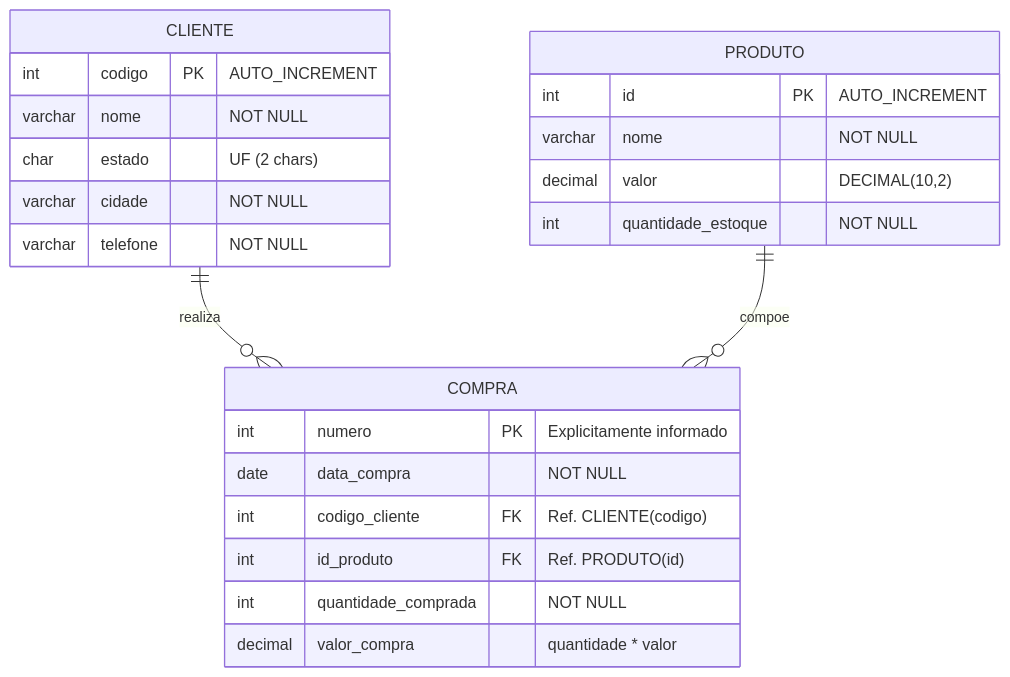
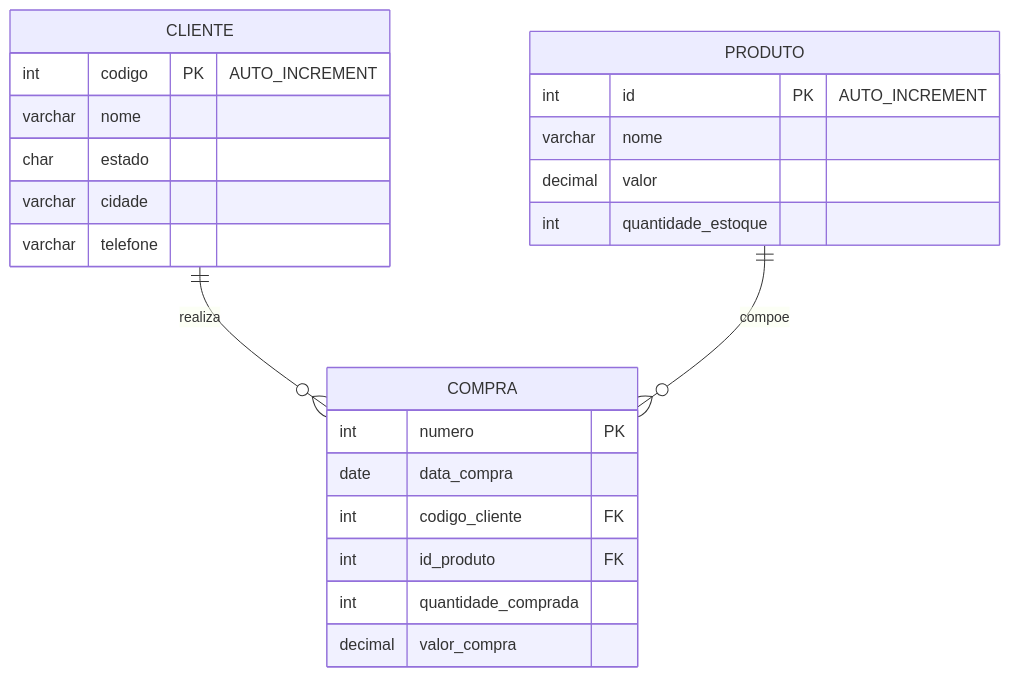
One commit to BrunoSouzaSIprogrammer/lojabd-mysql-relatorio-pratico changed the diagram in README.md. Above: the diagram before and after it, drawn with Mermaid. The commit also changed other lines of this file and 15 other files, not shown here.

````diff
--- a/README.md
+++ b/README.md
@@ -15,29 +16,29 @@
 ```mermaid
 erDiagram
     CLIENTE ||--o{ COMPRA : realiza
     PRODUTO ||--o{ COMPRA : compoe
 
     CLIENTE {
         int codigo PK "AUTO_INCREMENT"
-        varchar nome "NOT NULL"
-        char estado "UF (2 chars)"
-        varchar cidade "NOT NULL"
-        varchar telefone "NOT NULL"
+        varchar nome
+        char estado
+        varchar cidade
+        varchar telefone
     }
 
     PRODUTO {
         int id PK "AUTO_INCREMENT"
-        varchar nome "NOT NULL"
-        decimal valor "DECIMAL(10,2)"
-        int quantidade_estoque "NOT NULL"
+        varchar nome
+        decimal valor
+        int quantidade_estoque
     }
 
     COMPRA {
-        int numero PK "Explicitamente informado"
-        date data_compra "NOT NULL"
-        int codigo_cliente FK "Ref. CLIENTE(codigo)"
-        int id_produto FK "Ref. PRODUTO(id)"
-        int quantidade_comprada "NOT NULL"
-        decimal valor_compra "quantidade * valor"
+        int numero PK
+        date data_compra
+        int codigo_cliente FK
+        int id_produto FK
+        int quantidade_comprada
+        decimal valor_compra
     }
 ```
````
